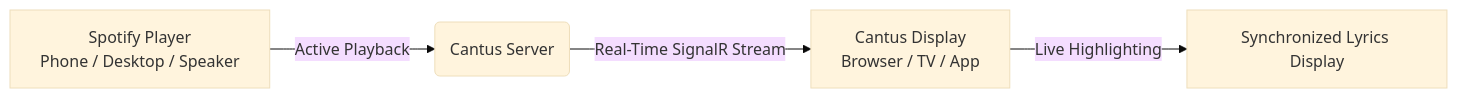
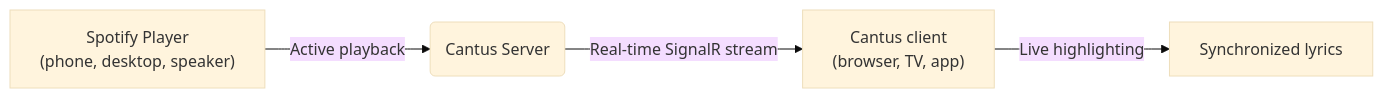
One commit to jav76/Cantus changed the diagram in docs/user-guide/index.md. Above: the diagram before and after it, drawn with Mermaid (base theme). The commit also changed other lines of this file and 8 other files, not shown here.

Commit message:
docs: correct architecture, theming and contributing pages against the code

````diff
--- a/docs/user-guide/index.md
+++ b/docs/user-guide/index.md
@@ -11,6 +11,6 @@
 ```mermaid
 flowchart LR
-    A[Spotify Player<br/>Phone / Desktop / Speaker] -->|Active Playback| B(Cantus Server)
-    B -->|Real-Time SignalR Stream| C[Cantus Display<br/>Browser / TV / App]
-    C -->|Live Highlighting| D[Synchronized Lyrics Display]
+    A["Spotify Player<br/>(phone, desktop, speaker)"] -->|"Active playback"| B("Cantus Server")
+    B -->|"Real-time SignalR stream"| C["Cantus client<br/>(browser, TV, app)"]
+    C -->|"Live highlighting"| D["Synchronized lyrics"]
 ```
````
